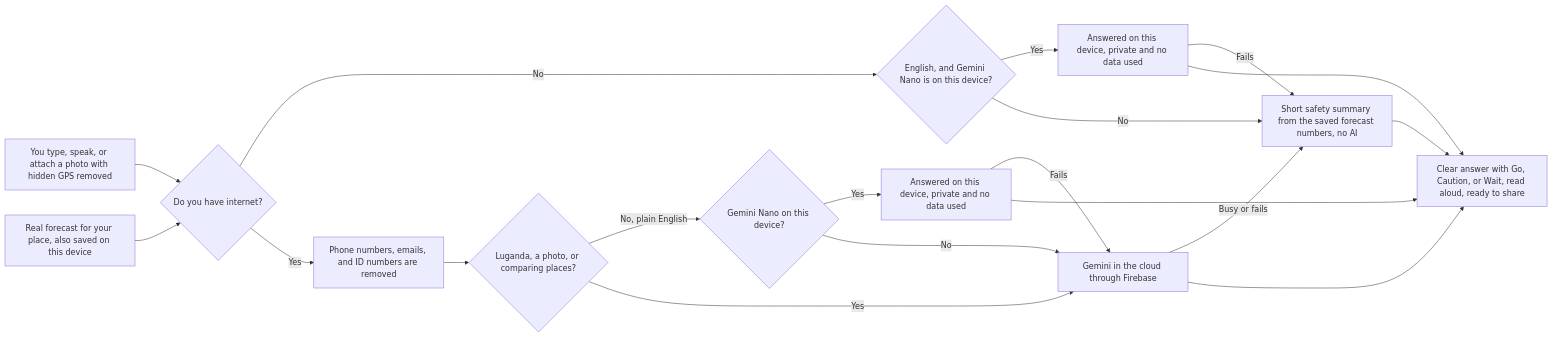
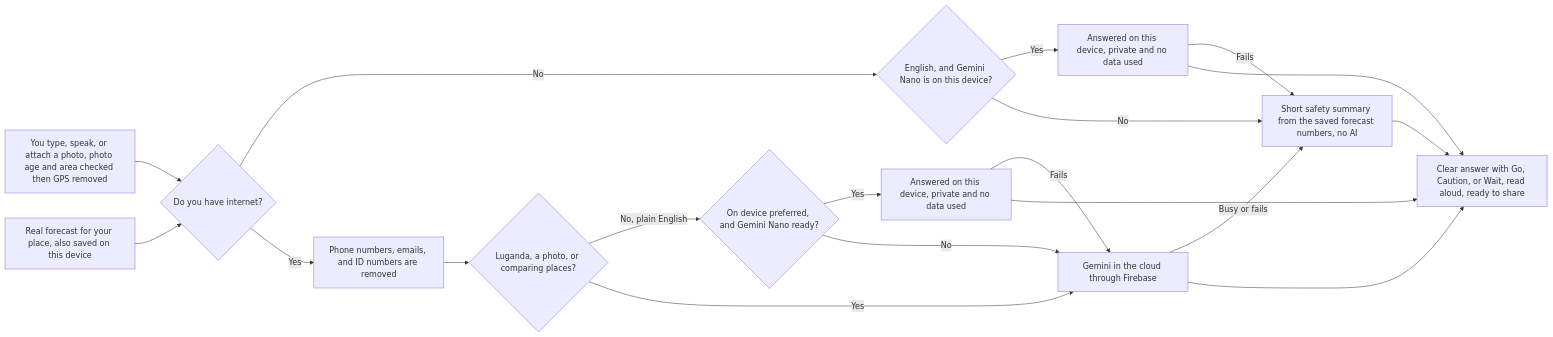
The first of 3 diagrams in README.md (MarkDanielsMCraft/Uganda-Weather-Hybrid), drawn with Mermaid before and after one commit. The commit also changed other lines of this file and 1 other file, not shown here.

````diff
--- a/README.md
+++ b/README.md
@@ -63,21 +63,21 @@
 ```mermaid
 flowchart LR
-  Question["You type, speak, or attach a photo with hidden GPS removed"] --> Signal{"Do you have internet?"}
+  Question["You type, speak, or attach a photo, photo age and area checked then GPS removed"] --> Signal{"Do you have internet?"}
   Forecast["Real forecast for your place, also saved on this device"] --> Signal
   Signal -->|"No"| OffDevice{"English, and Gemini Nano is on this device?"}
   OffDevice -->|"Yes"| OnDeviceOff["Answered on this device, private and no data used"]
   OffDevice -->|"No"| Summary["Short safety summary from the saved forecast numbers, no AI"]
   OnDeviceOff -->|"Fails"| Summary
   Signal -->|"Yes"| Clean["Phone numbers, emails, and ID numbers are removed"]
   Clean --> CloudNeed{"Luganda, a photo, or comparing places?"}
-  CloudNeed -->|"No, plain English"| TryDevice{"Gemini Nano on this device?"}
+  CloudNeed -->|"No, plain English"| TryDevice{"On device preferred, and Gemini Nano ready?"}
   TryDevice -->|"Yes"| OnDeviceOn["Answered on this device, private and no data used"]
   TryDevice -->|"No"| Cloud["Gemini in the cloud through Firebase"]
   OnDeviceOn -->|"Fails"| Cloud
   CloudNeed -->|"Yes"| Cloud
   Cloud -->|"Busy or fails"| Summary
   OnDeviceOff --> Answer["Clear answer with Go, Caution, or Wait, read aloud, ready to share"]
   OnDeviceOn --> Answer
   Cloud --> Answer
   Summary --> Answer
 ```
````
